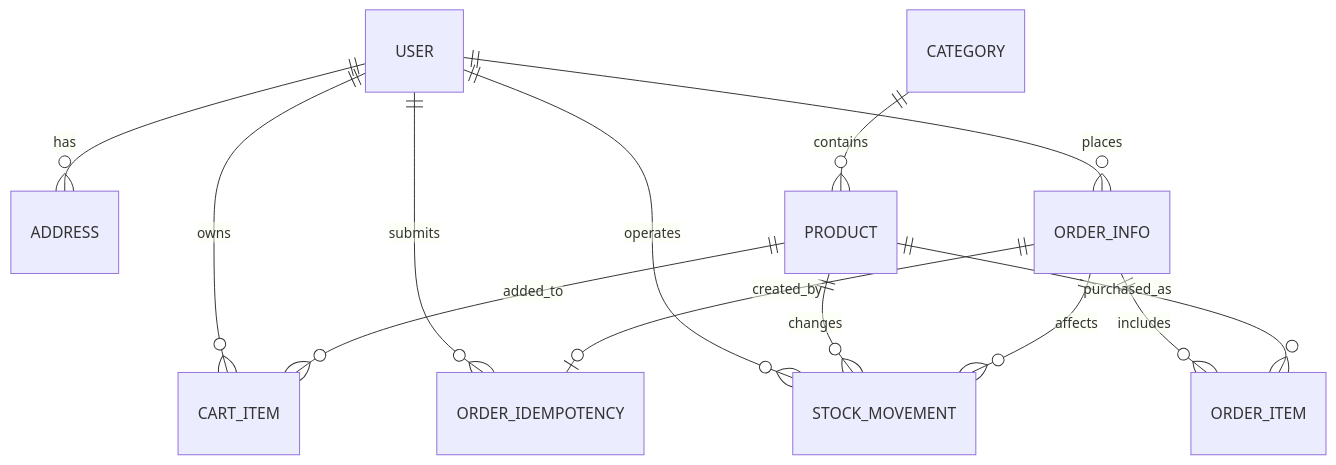
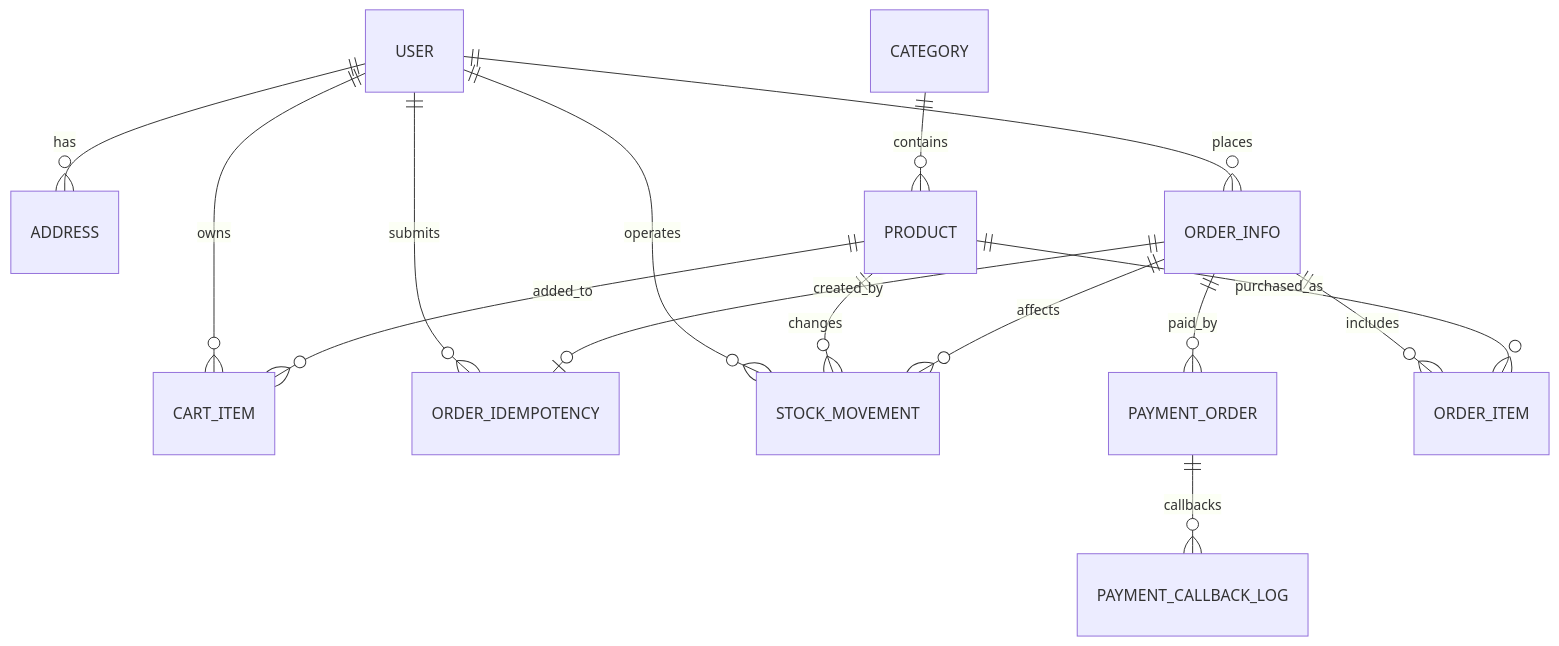
Before and after one commit to morisa28/my-DB: the diagram in docs/03-数据库设计.md, drawn with Mermaid. The commit also changed other lines of this file and 12 other files, not shown here.

````diff
--- a/docs/03-数据库设计.md
+++ b/docs/03-数据库设计.md
@@ -17,15 +19,17 @@
 ```mermaid
 erDiagram
     USER ||--o{ ADDRESS : has
     USER ||--o{ CART_ITEM : owns
     USER ||--o{ ORDER_INFO : places
     USER ||--o{ ORDER_IDEMPOTENCY : submits
     USER ||--o{ STOCK_MOVEMENT : operates
     CATEGORY ||--o{ PRODUCT : contains
     PRODUCT ||--o{ CART_ITEM : added_to
     PRODUCT ||--o{ STOCK_MOVEMENT : changes
     ORDER_INFO ||--o| ORDER_IDEMPOTENCY : created_by
     ORDER_INFO ||--o{ STOCK_MOVEMENT : affects
+    ORDER_INFO ||--o{ PAYMENT_ORDER : paid_by
+    PAYMENT_ORDER ||--o{ PAYMENT_CALLBACK_LOG : callbacks
     ORDER_INFO ||--o{ ORDER_ITEM : includes
     PRODUCT ||--o{ ORDER_ITEM : purchased_as
 ```
````
